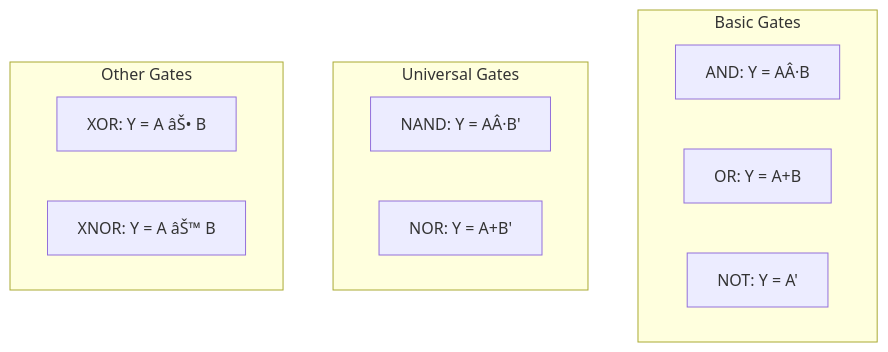
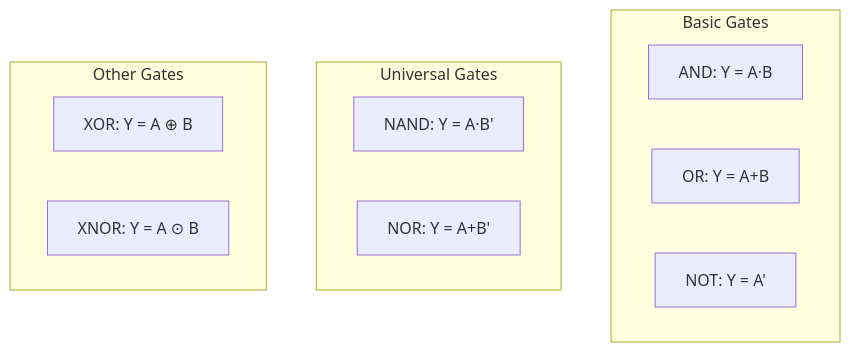
Before and after one commit to Raushan666java/ai-engineering-journey: the third of 5 diagrams in docs/courses/computer-architecture/01-number-systems.md, drawn with Mermaid. The commit also changed other lines of this file and 965 other files, not shown here.

````diff
--- a/docs/courses/computer-architecture/01-number-systems.md
+++ b/docs/courses/computer-architecture/01-number-systems.md
@@ -418,16 +418,16 @@
 ```mermaid
 flowchart TD
     subgraph Basic Gates
-        G1[AND: Y = AÂ·B]
+        G1[AND: Y = A·B]
         G2[OR: Y = A+B]
         G3[NOT: Y = A']
     end
     subgraph Universal Gates
-        G4[NAND: Y = AÂ·B']
+        G4[NAND: Y = A·B']
         G5[NOR: Y = A+B']
     end
     subgraph Other Gates
-        G6[XOR: Y = A âŠ• B]
-        G7[XNOR: Y = A âŠ™ B]
+        G6[XOR: Y = A ⊕ B]
+        G7[XNOR: Y = A ⊙ B]
     end
 ```
````
